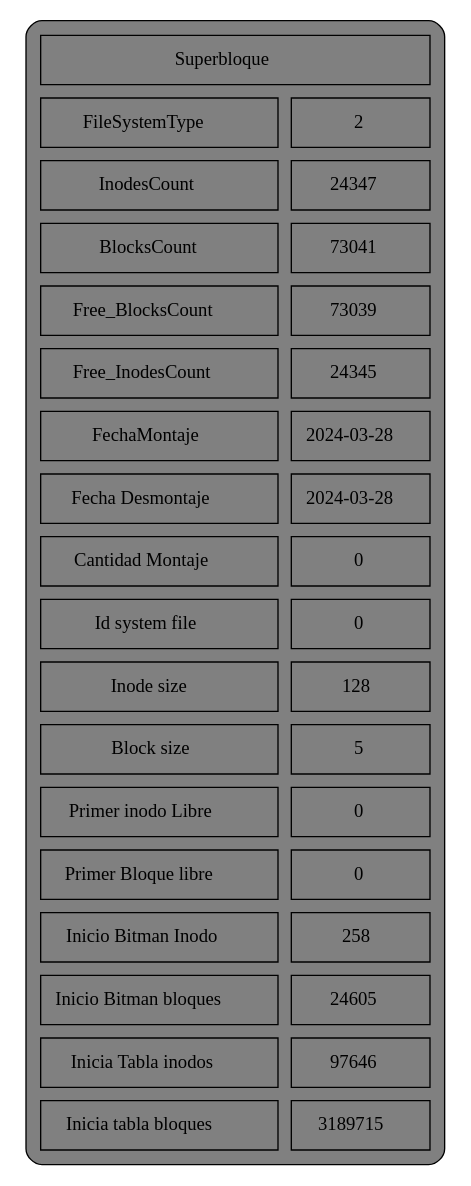
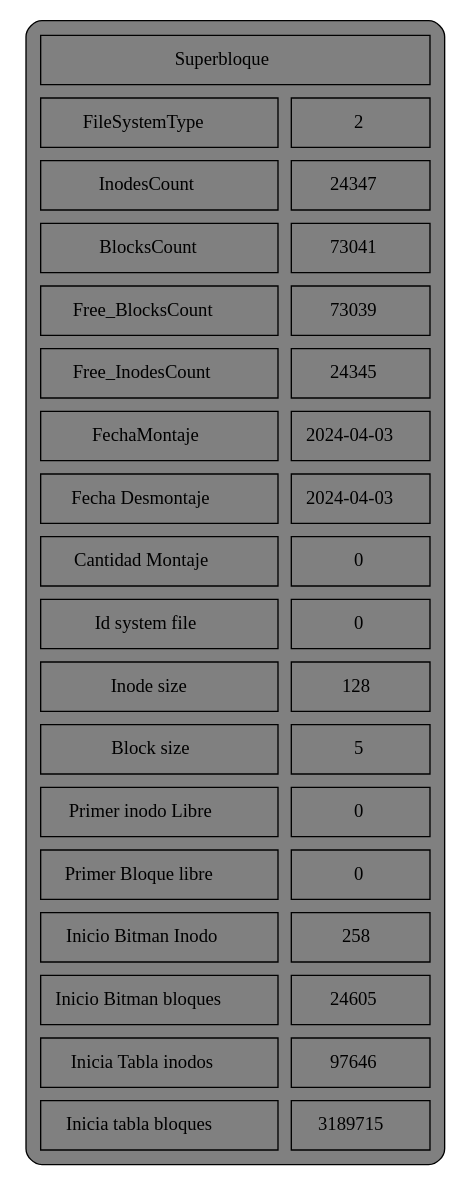
The diagram in reports/reporte1_sb.dot (Jhonsagui81/MIA_P2_20210603), drawn with Graphviz before and after one commit. The commit also changed 15 other files, not shown here.

```diff
--- a/reports/reporte1_sb.dot
+++ b/reports/reporte1_sb.dot
@@ -1,76 +1,76 @@
 digraph G {
 	a0 [shape=none label=<
 	<TABLE cellspacing="10" cellpadding="10" style="rounded" bgcolor="gray">
 		<tr>
 			<td colspan="2">Superbloque</td>
 		</tr>
 		<tr>
 			<td>FileSystemType</td>
 			<td>2</td>
 		</tr>
 		<tr>
 			<td>InodesCount</td>
 			<td>24347</td>
 		</tr>
 		<tr>
 			<td>BlocksCount</td>
 			<td>73041</td>
 		</tr>
 		<tr>
 			<td>Free_BlocksCount</td>
 			<td>73039</td>
 		</tr>
 		<tr>
 			<td>Free_InodesCount</td>
 			<td>24345</td>
 		</tr>
 		<tr>
 			<td>FechaMontaje</td>
-			<td>2024-03-28</td>
+			<td>2024-04-03</td>
 		</tr>
 		<tr>
 			<td>Fecha Desmontaje</td>
-			<td>2024-03-28</td>
+			<td>2024-04-03</td>
 		</tr>
 		<tr>
 			<td>Cantidad Montaje</td>
 			<td>0</td>
 		</tr>
 		<tr>
 			<td>Id system file</td>
 			<td>0</td>
 		</tr>
 		<tr>
 			<td>Inode size</td>
 			<td>128</td>
 		</tr>
 		<tr>
 			<td>Block size</td>
 			<td>5</td>
 		</tr>
 		<tr>
 			<td>Primer inodo Libre</td>
 			<td>0</td>
 		</tr>
 		<tr>
 			<td>Primer Bloque libre</td>
 			<td>0</td>
 		</tr>
 		<tr>
 			<td>Inicio Bitman Inodo</td>
 			<td>258</td>
 		</tr>
 		<tr>
 			<td>Inicio Bitman bloques</td>
 			<td>24605</td>
 		</tr>
 		<tr>
 			<td>Inicia Tabla inodos</td>
 			<td>97646</td>
 		</tr>
 		<tr>
 			<td>Inicia tabla bloques</td>
 			<td>3189715</td>
 		</tr>
 </TABLE>>];
 }
```
